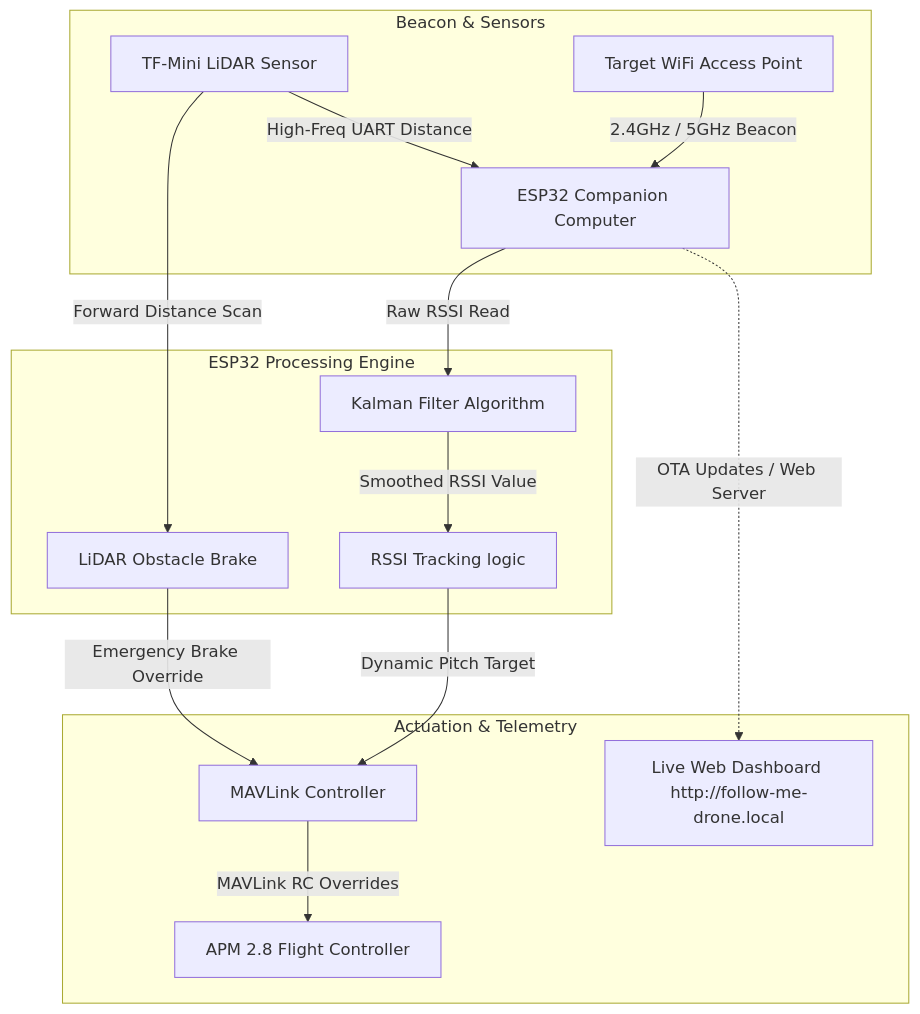
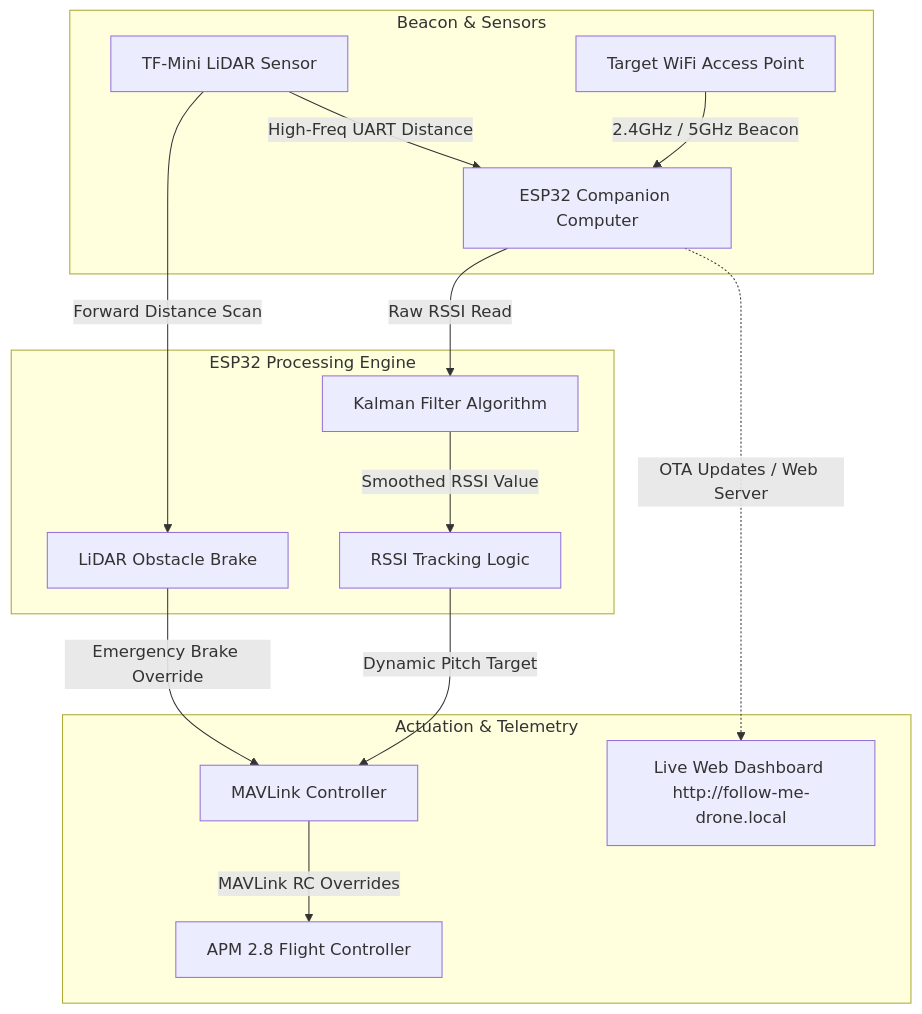
Before and after one commit to yogesh031020/wifi-follow-me-drone: the diagram in README.md, drawn with Mermaid. The commit also changed other lines of this file, not shown here.

````diff
--- a/README.md
+++ b/README.md
@@ -29,20 +44,20 @@
 ```mermaid
 graph TD
     subgraph Beacon & Sensors
         AP[Target WiFi Access Point] -->|2.4GHz / 5GHz Beacon| ESP32[ESP32 Companion Computer]
         LiDAR[TF-Mini LiDAR Sensor] -->|High-Freq UART Distance| ESP32
     end
 
     subgraph ESP32 Processing Engine
         ESP32 -->|Raw RSSI Read| KF[Kalman Filter Algorithm]
-        KF -->|Smoothed RSSI Value| Decision[RSSI Tracking logic]
+        KF -->|Smoothed RSSI Value| Decision[RSSI Tracking Logic]
         LiDAR -->|Forward Distance Scan| Safety[LiDAR Obstacle Brake]
     end
 
     subgraph Actuation & Telemetry
         Decision -->|Dynamic Pitch Target| Control[MAVLink Controller]
         Safety -->|Emergency Brake Override| Control
         Control -->|MAVLink RC Overrides| APM[APM 2.8 Flight Controller]
         ESP32 -.->|OTA Updates / Web Server| Dashboard[Live Web Dashboard http://follow-me-drone.local]
     end
 ```
````
